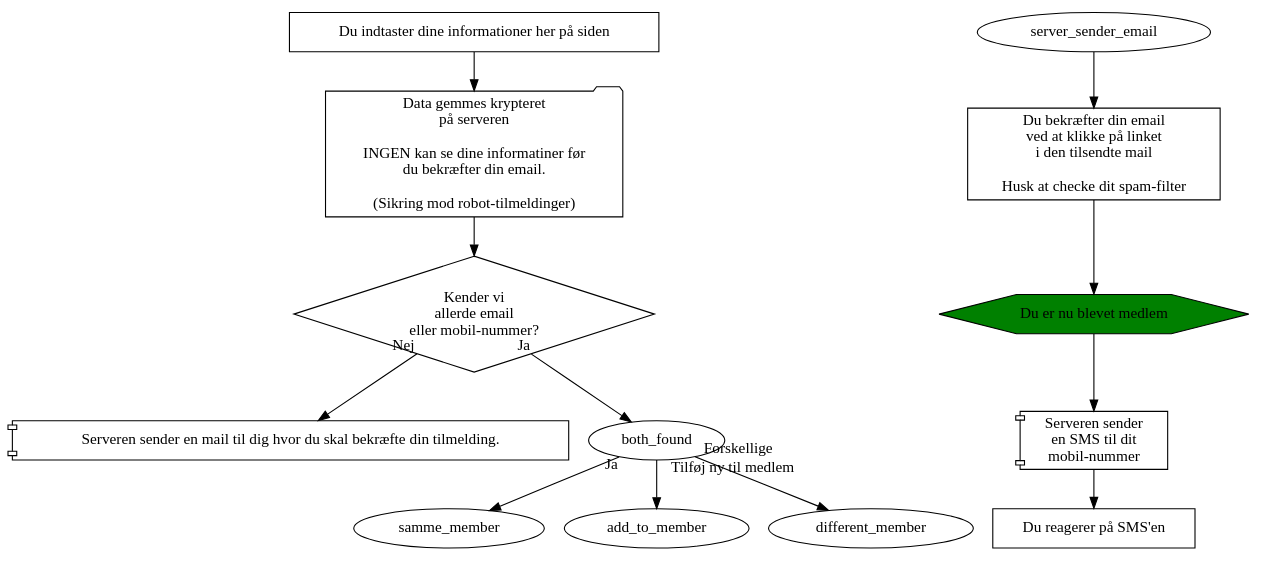
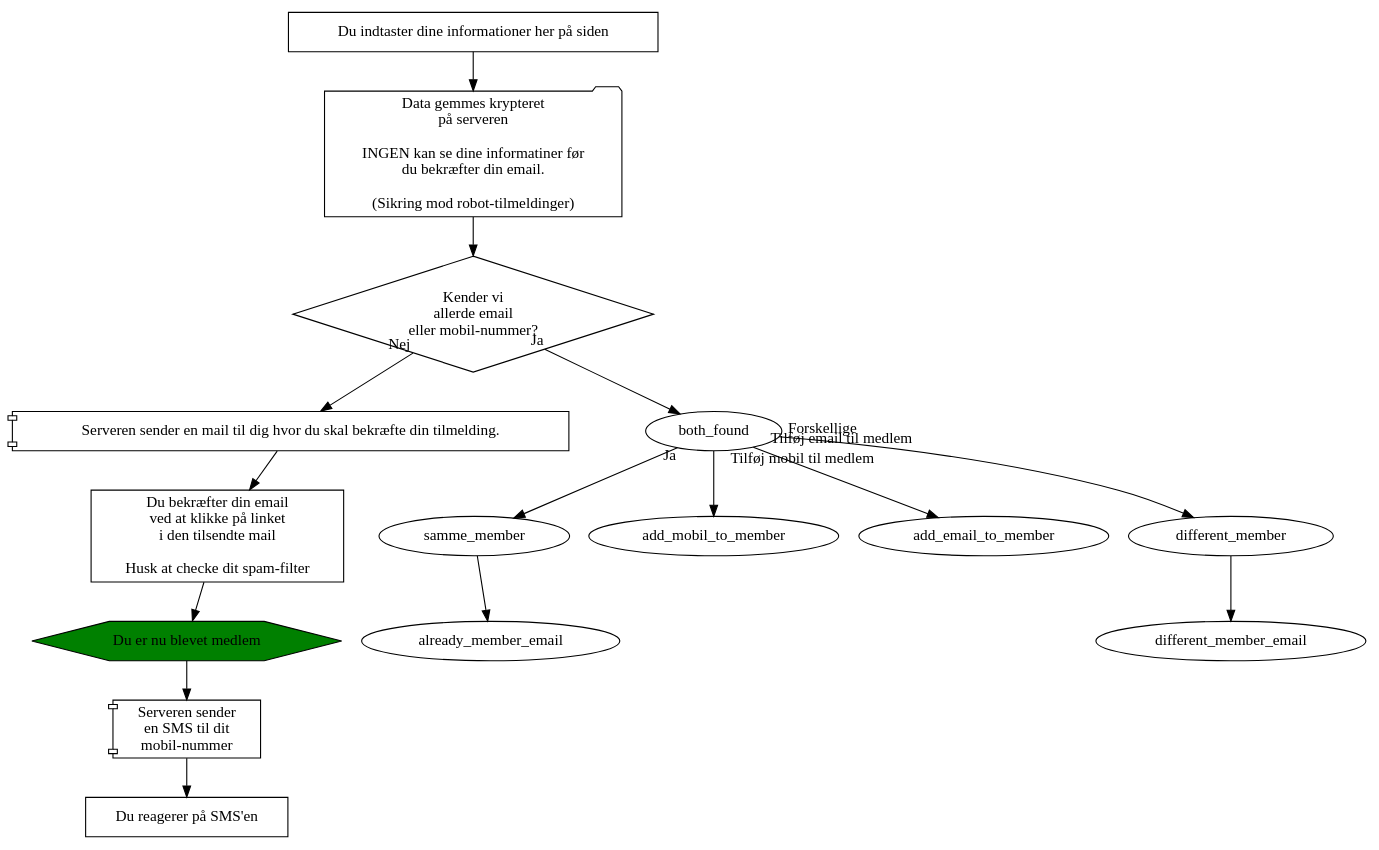
One commit to alslug/alslug.dk changed the diagram in medlemskab/indmeldelse.dot. Above: the diagram before and after it, drawn with Graphviz.

```diff
--- a/medlemskab/indmeldelse.dot
+++ b/medlemskab/indmeldelse.dot
@@ -1,17 +1,18 @@
 digraph indmeldelse {
   indtast                [shape=box       label="Du indtaster dine informationer her på siden"];
   send_tilmelding        [shape=folder    label="Data gemmes krypteret\npå serveren\n\nINGEN kan se dine informatiner før\ndu bekræfter din email.\n\n(Sikring mod robot-tilmeldinger)"];
   findes_allerede        [shape=diamond   label="Kender vi\nallerde email\neller mobil-nummer?"];
 
   server_sender_ny_email [shape=component label="Serveren sender en mail til dig hvor du skal bekræfte din tilmelding."];
   confirm_email          [shape=box       label="Du bekræfter din email\nved at klikke på linket\ni den tilsendte mail\n\nHusk at checke dit spam-filter"];
   du_biver_medlem        [shape=hexagon   label="Du er nu blevet medlem" style=filled fillcolor=green ];
   server_sender_sms      [shape=component label="Serveren sender\nen SMS til dit\nmobil-nummer"];
   confirm_sms            [shape=box       label="Du reagerer på SMS'en"];
   
   indtast -> send_tilmelding -> findes_allerede;
-                                findes_allerede -> server_sender_ny_email [taillabel="Nej"];  server_sender_email -> confirm_email -> du_biver_medlem -> server_sender_sms -> confirm_sms;
-                                findes_allerede -> both_found             [taillabel="Ja"];   both_found -> samme_member     [taillabel="Ja"];
-                                                                                              both_found -> add_to_member    [taillabel="Tilføj ny til medlem"]
-                                                                                              both_found -> different_member [taillabel="Forskellige"];
+                                findes_allerede -> server_sender_ny_email [taillabel="Nej"];  server_sender_ny_email -> confirm_email -> du_biver_medlem -> server_sender_sms -> confirm_sms;
+                                findes_allerede -> both_found             [taillabel="Ja"];   both_found -> samme_member        [taillabel="Ja"];                   samme_member -> already_member_email;
+                                                                                              both_found -> add_mobil_to_member [taillabel="Tilføj mobil til medlem"];
+                                                                                              both_found -> add_email_to_member [taillabel="Tilføj email til medlem"];
+                                                                                              both_found -> different_member    [taillabel="Forskellige"];          different_member -> different_member_email;
 }
```
